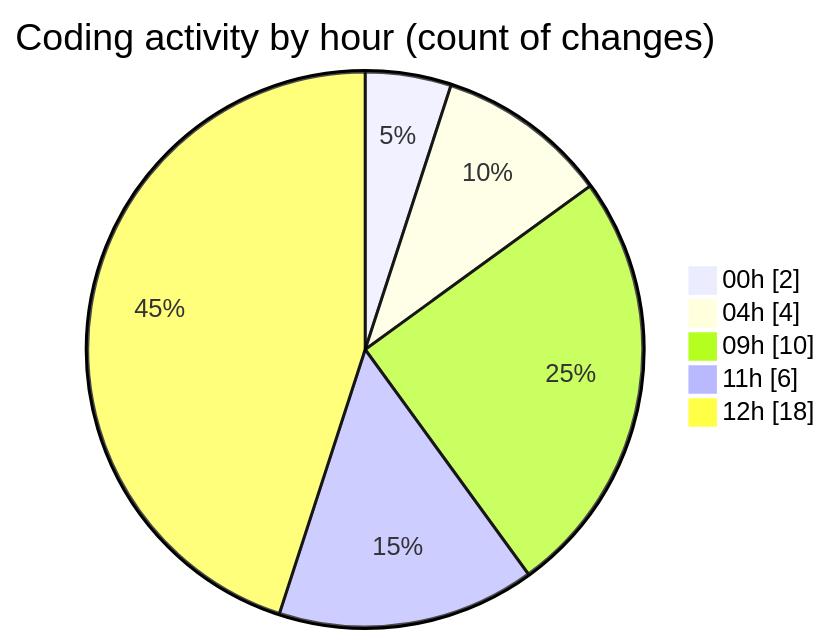
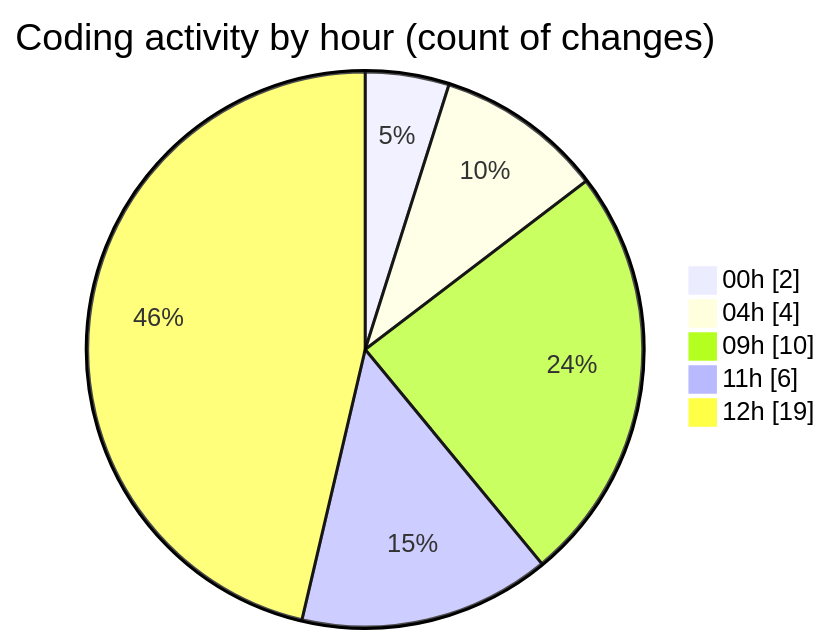
The second of 2 diagrams in 2025-10-28/eventscop-frontend-guide__workspace_/README.md (julien-gomy/code-tracking), drawn with Mermaid before and after one commit. The commit also changed other lines of this file and 1 other file, not shown here.

````diff
--- a/2025-10-28/eventscop-frontend-guide__workspace_/README.md
+++ b/2025-10-28/eventscop-frontend-guide__workspace_/README.md
@@ -41,9 +41,9 @@
 ```mermaid
 pie showData
 title Coding activity by hour (count of changes)
 "00h" : 2
 "04h" : 4
 "09h" : 10
 "11h" : 6
-"12h" : 18
+"12h" : 19
 ```
````
